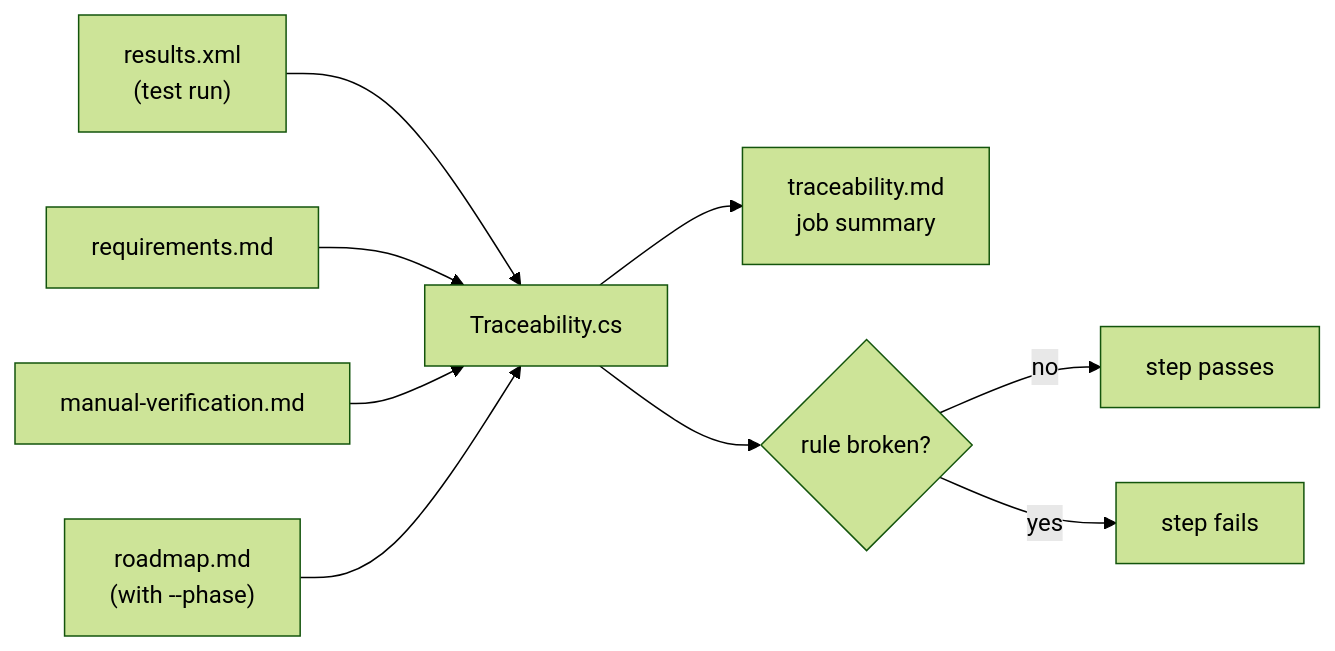
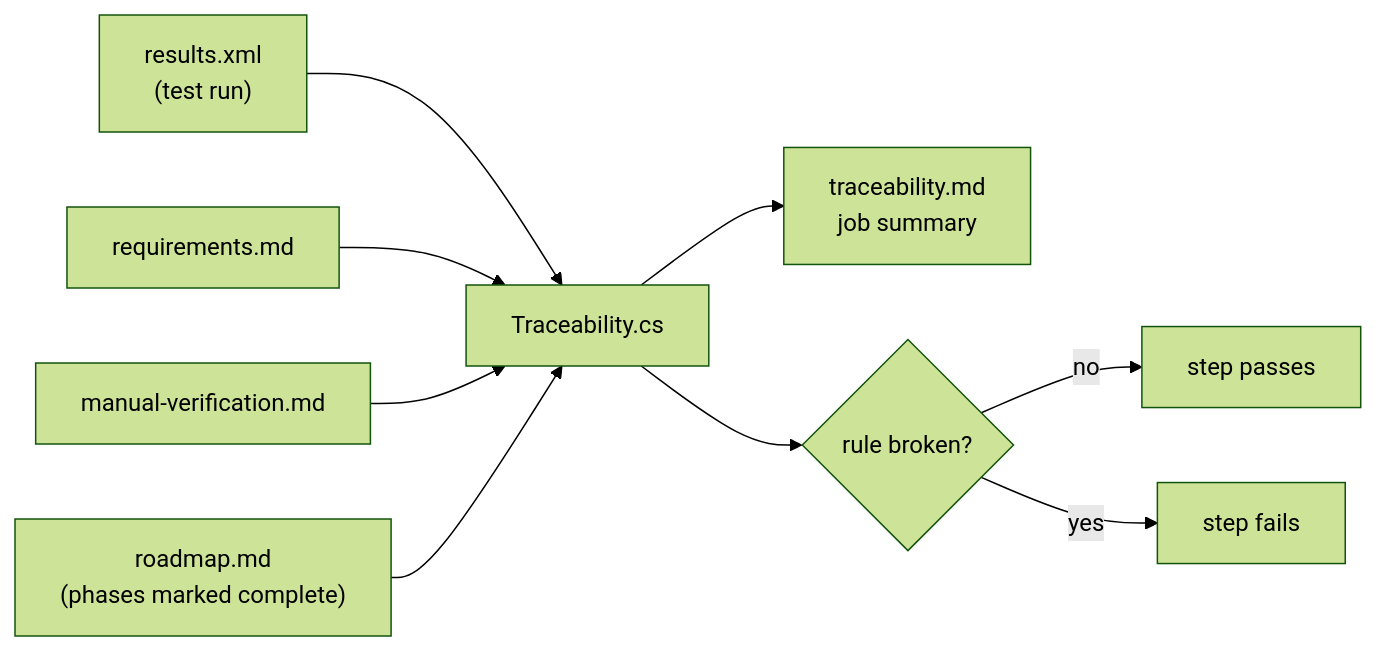
Before and after one commit to thomaswening/CrateEdit: the first of 2 diagrams in docs/tools/traceability.md, drawn with Mermaid (forest theme). The commit also changed other lines of this file and 4 other files, not shown here.

First line of the commit message:
feat(tools): read completed phases from the roadmap instead of a CI variable

````diff
--- a/docs/tools/traceability.md
+++ b/docs/tools/traceability.md
@@ -9,11 +9,11 @@
 ```mermaid
 flowchart LR
   results["results.xml<br/>(test run)"] --> tool["Traceability.cs"]
   reqs["requirements.md"] --> tool
   manual["manual-verification.md"] --> tool
-  roadmap["roadmap.md<br/>(with --phase)"] --> tool
+  roadmap["roadmap.md<br/>(phases marked complete)"] --> tool
   tool --> report["traceability.md<br/>job summary"]
   tool --> exit{"rule broken?"}
   exit -- "no" --> green["step passes"]
   exit -- "yes" --> red["step fails"]
 ```
````
